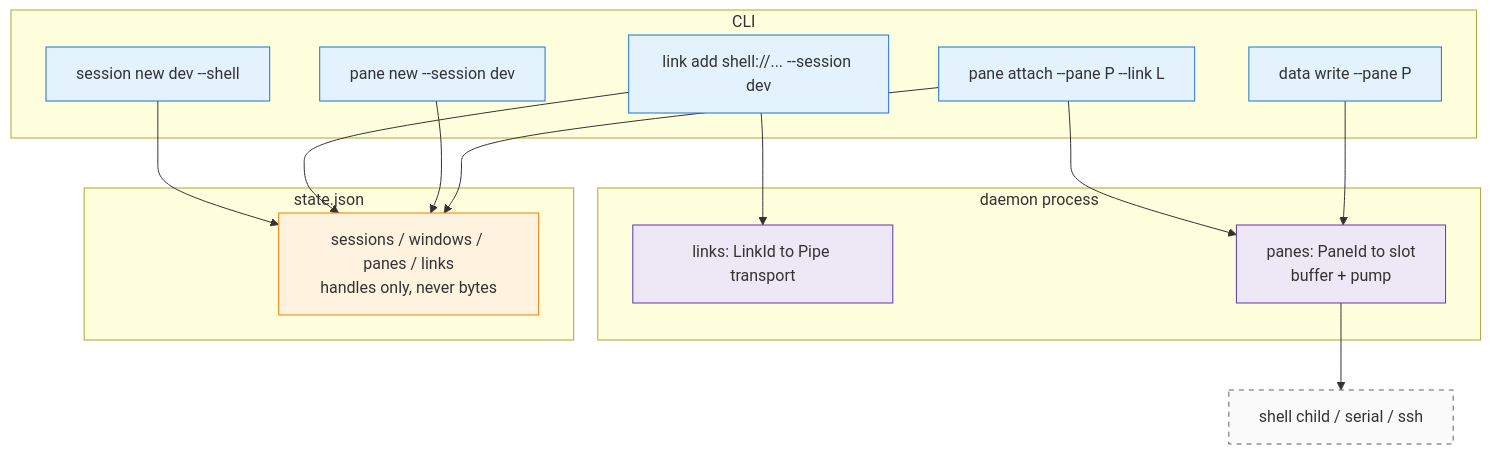
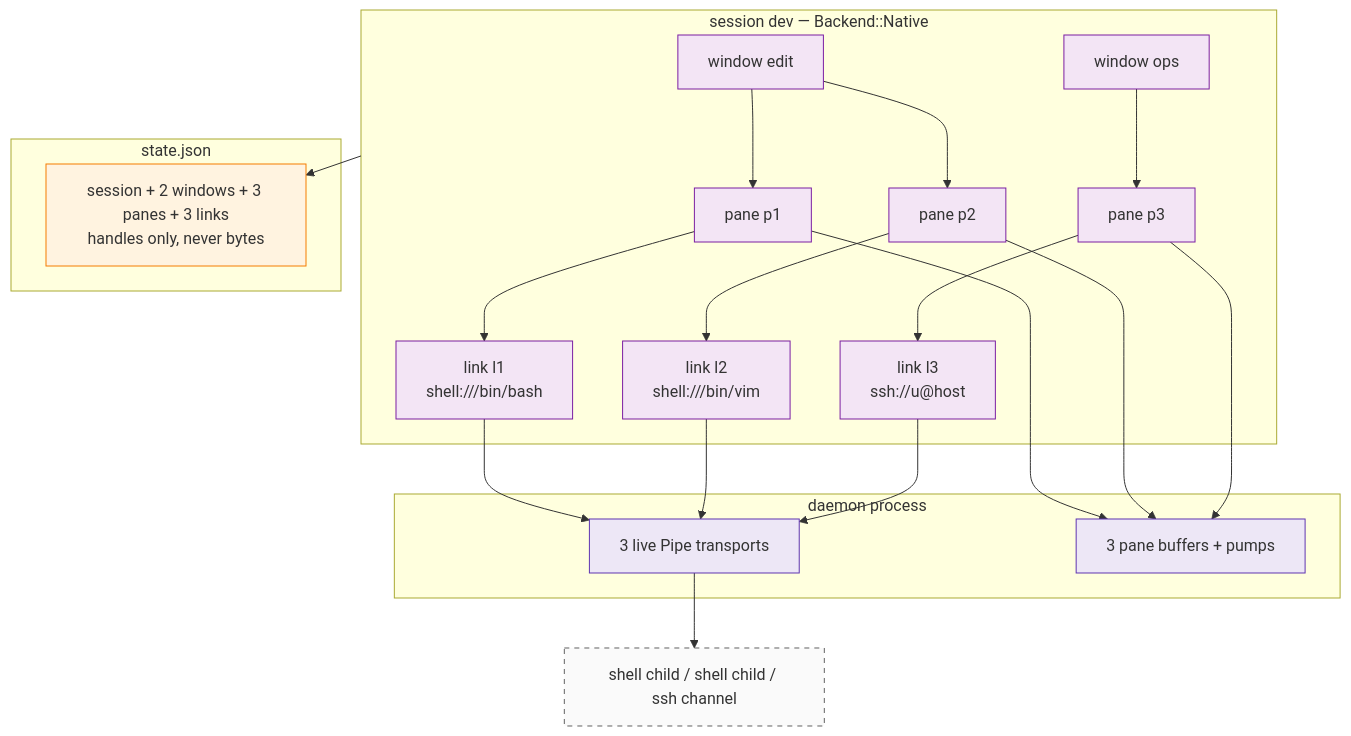
One commit to xiaoshan1234/xscore changed the first of 4 diagrams in doc/dev/arch/arch.md. Above: the diagram before and after it, drawn with Mermaid. The commit also changed other lines of this file, not shown here.

First line of the commit message:
docs(arch): a session is a container, not a viewport

````diff
--- a/doc/dev/arch/arch.md
+++ b/doc/dev/arch/arch.md
@@ -200,37 +239,46 @@
 ```mermaid
 graph TB
-    subgraph CLI["CLI"]
-        S1["session new dev --shell"]
-        S2["link add shell://... --session dev"]
-        S3["pane new --session dev"]
-        S4["pane attach --pane P --link L"]
-        S5["data write --pane P"]
+    subgraph SESS["session dev — Backend::Native"]
+        W1["window edit"]
+        W2["window ops"]
+        P1["pane p1"]
+        P2["pane p2"]
+        P3["pane p3"]
+        L1["link l1<br/>shell:///bin/bash"]
+        L2["link l2<br/>shell:///bin/vim"]
+        L3["link l3<br/>ssh://u@host"]
+        W1 --> P1
+        W1 --> P2
+        W2 --> P3
+        P1 --> L1
+        P2 --> L2
+        P3 --> L3
     end
 
     subgraph D["daemon process"]
-        DL["links: LinkId to Pipe transport"]
-        DP["panes: PaneId to slot<br/>buffer + pump"]
+        DL["3 live Pipe transports"]
+        DP["3 pane buffers + pumps"]
     end
 
     subgraph ST["state.json"]
-        SS["sessions / windows / panes / links<br/>handles only, never bytes"]
+        SS["session + 2 windows + 3 panes + 3 links<br/>handles only, never bytes"]
     end
 
-    S1 --> SS
-    S2 --> SS
-    S2 --> DL
-    S3 --> SS
-    S4 --> SS
-    S4 --> DP
-    S5 --> DP
-    DP --> CH["shell child / serial / ssh"]
+    L1 --> DL
+    L2 --> DL
+    L3 --> DL
+    P1 --> DP
+    P2 --> DP
+    P3 --> DP
+    SESS --> SS
+    DL --> EXT["shell child / shell child / ssh channel"]
 
-    classDef cli fill:#e3f2fd,stroke:#1976d2
+    classDef sess fill:#f3e5f5,stroke:#7b1fa2
     classDef dd fill:#ede7f6,stroke:#5e35b1
     classDef st fill:#fff3e0,stroke:#f57c00
     classDef ext fill:#fafafa,stroke:#616161,stroke-dasharray: 5 5
-    class S1,S2,S3,S4,S5 cli
+    class W1,W2,P1,P2,P3,L1,L2,L3 sess
     class DL,DP dd
     class SS st
-    class CH ext
+    class EXT ext
 ```
````
